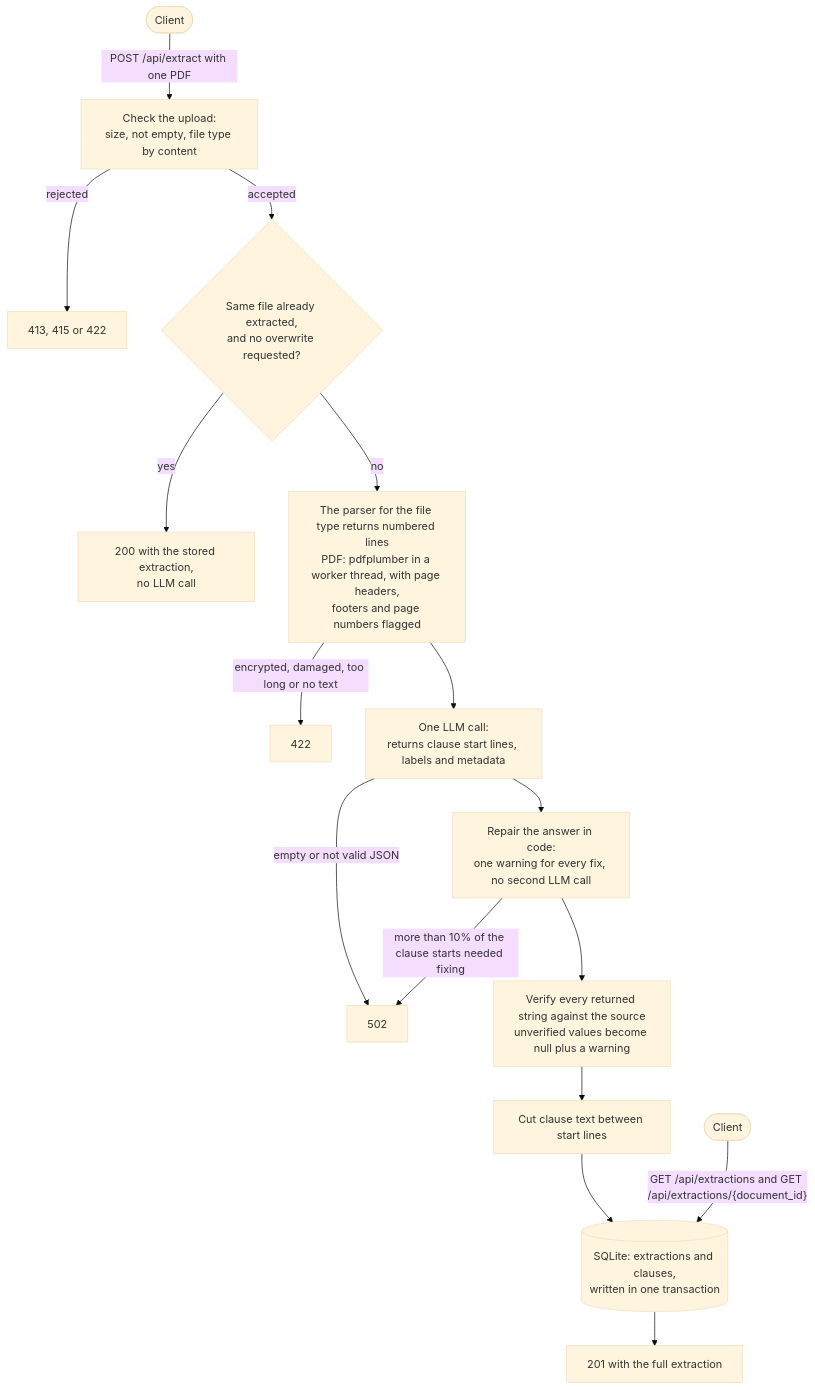
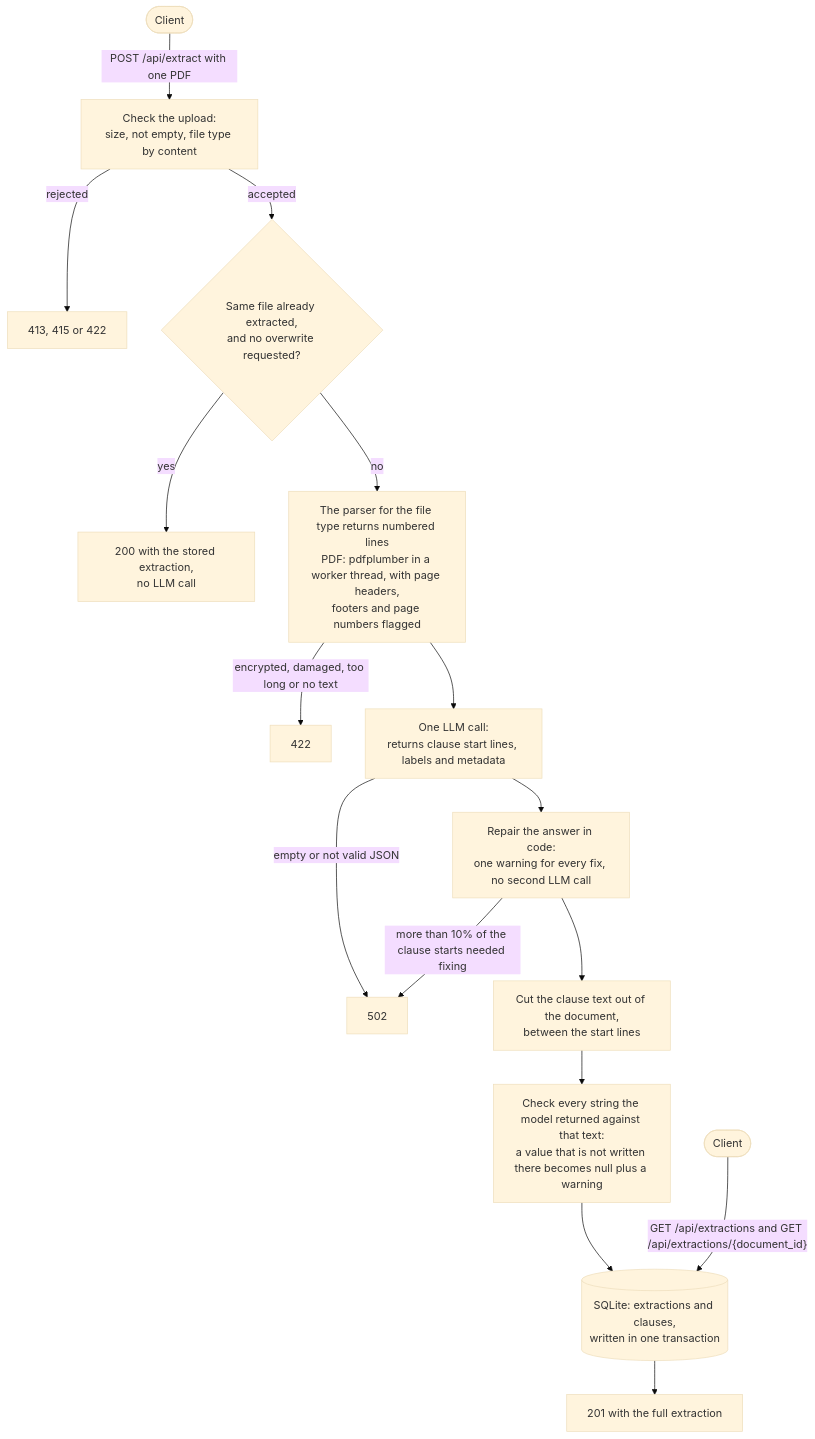
Before and after one commit to abazaenis/legal-clause-extractor: the diagram in README.md, drawn with Mermaid (base theme). The commit also changed other lines of this file and 28 other files, not shown here.

First line of the commit message:
Cut clause text, check the model's strings, and store the result

````diff
--- a/README.md
+++ b/README.md
@@ -7,18 +7,18 @@
 ```mermaid
 flowchart TD
     client(["Client"]) -->|"POST /api/extract with one PDF"| checks["Check the upload:<br/>size, not empty, file type by content"]
     checks -->|"rejected"| reject["413, 415 or 422"]
     checks -->|"accepted"| known{"Same file already extracted,<br/>and no overwrite requested?"}
     known -->|"yes"| stored["200 with the stored extraction,<br/>no LLM call"]
     known -->|"no"| parse["The parser for the file type returns numbered lines<br/>PDF: pdfplumber in a worker thread, with page headers,<br/>footers and page numbers flagged"]
     parse -->|"encrypted, damaged, too long or no text"| unreadable["422"]
     parse --> llm["One LLM call:<br/>returns clause start lines, labels and metadata"]
     llm -->|"empty or not valid JSON"| fail["502"]
     llm --> repair["Repair the answer in code:<br/>one warning for every fix, no second LLM call"]
     repair -->|"more than 10% of the clause starts needed fixing"| fail
-    repair --> verify["Verify every returned string against the source<br/>unverified values become null plus a warning"]
-    verify --> cut["Cut clause text between start lines"]
-    cut --> store[("SQLite: extractions and clauses,<br/>written in one transaction")]
+    repair --> cut["Cut the clause text out of the document,<br/>between the start lines"]
+    cut --> verify["Check every string the model returned against that text:<br/>a value that is not written there becomes null plus a warning"]
+    verify --> store[("SQLite: extractions and clauses,<br/>written in one transaction")]
     store --> created["201 with the full extraction"]
     reader(["Client"]) -->|"GET /api/extractions and GET /api/extractions/{document_id}"| store
 ```
````
